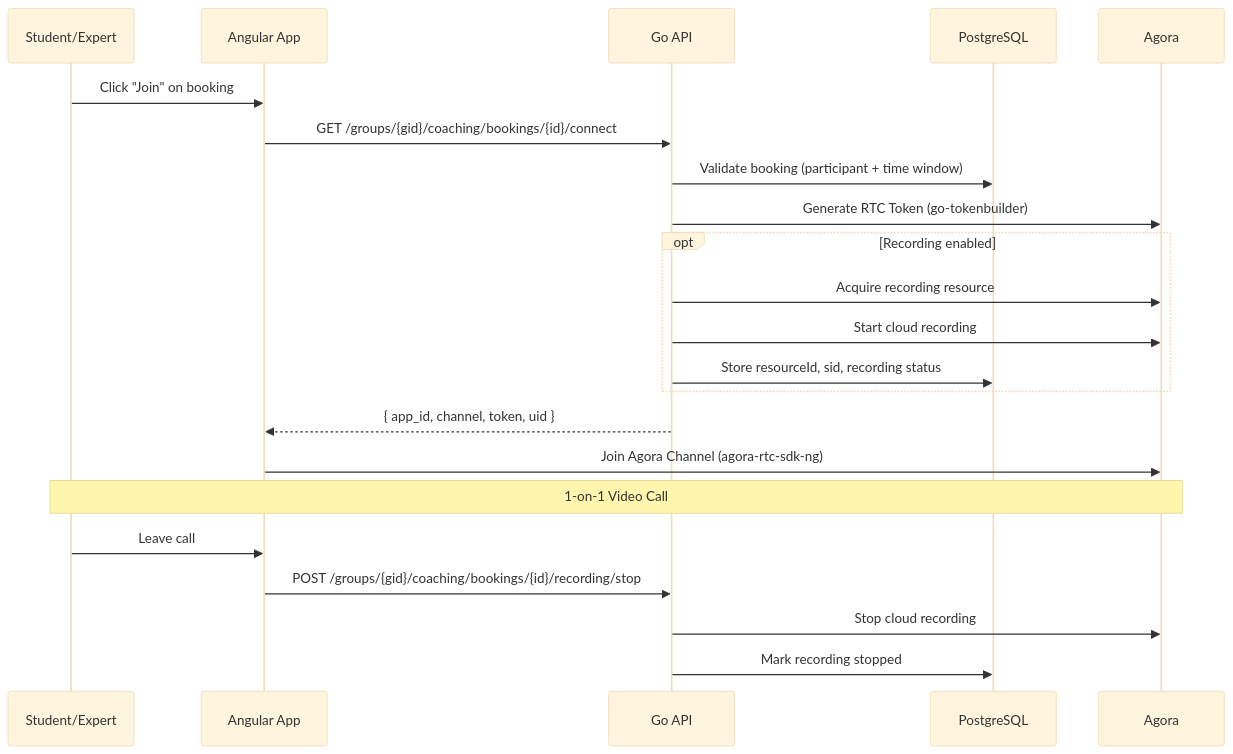
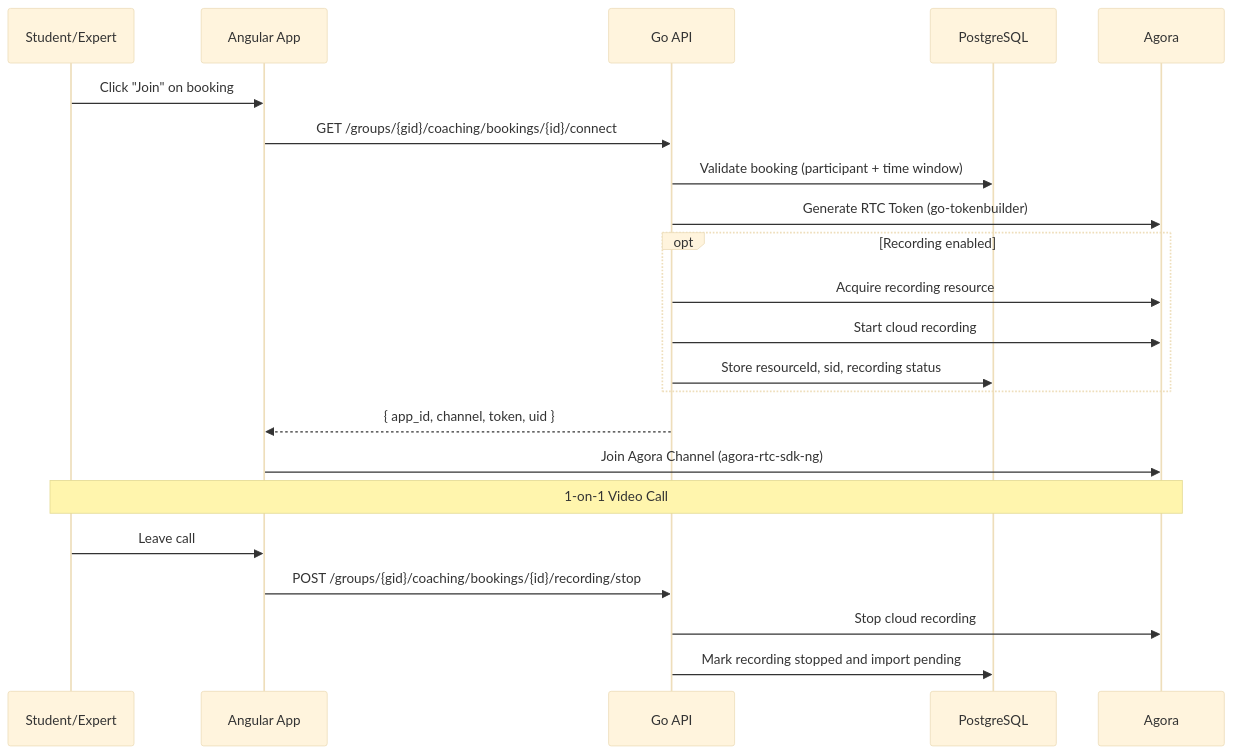
The fourth of 9 diagrams in README.md (OZIOisgood/zeta), drawn with Mermaid (base theme) before and after one commit. The commit also changed other lines of this file and 32 other files, not shown here.

First line of the commit message:
feat(coaching): add recording import functionality and related database operations

````diff
--- a/README.md
+++ b/README.md
@@ -174,25 +178,25 @@
 ```mermaid
 sequenceDiagram
     participant U as Student/Expert
     participant W as Angular App
     participant A as Go API
     participant D as PostgreSQL
     participant AG as Agora
 
     U->>W: Click "Join" on booking
     W->>A: GET /groups/{gid}/coaching/bookings/{id}/connect
     A->>D: Validate booking (participant + time window)
     A->>AG: Generate RTC Token (go-tokenbuilder)
     opt Recording enabled
         A->>AG: Acquire recording resource
         A->>AG: Start cloud recording
         A->>D: Store resourceId, sid, recording status
     end
     A-->>W: { app_id, channel, token, uid }
     W->>AG: Join Agora Channel (agora-rtc-sdk-ng)
     Note over U,AG: 1-on-1 Video Call
     U->>W: Leave call
     W->>A: POST /groups/{gid}/coaching/bookings/{id}/recording/stop
     A->>AG: Stop cloud recording
-    A->>D: Mark recording stopped
+    A->>D: Mark recording stopped and import pending
 ```
````
